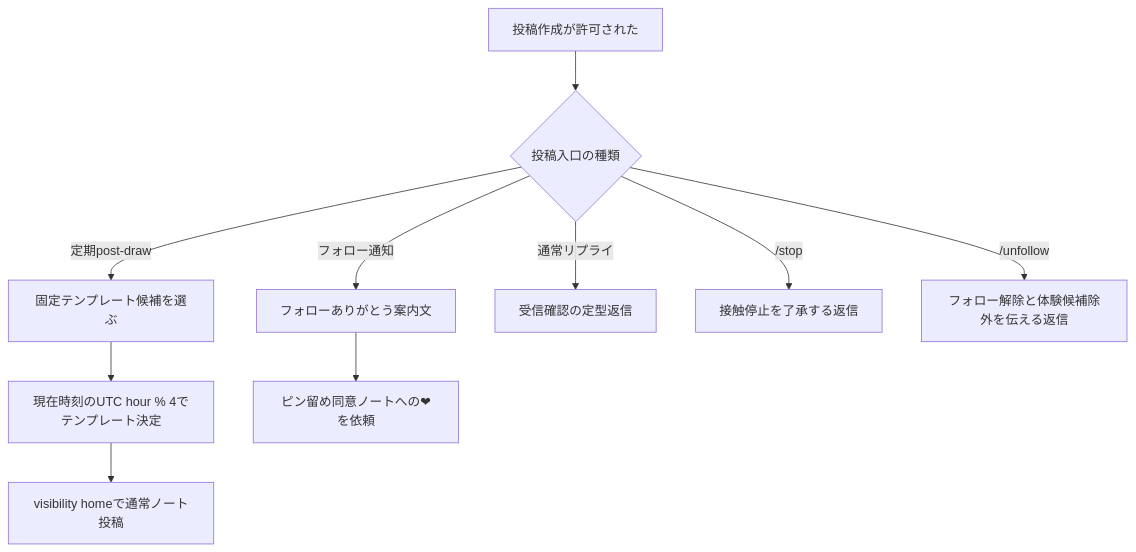
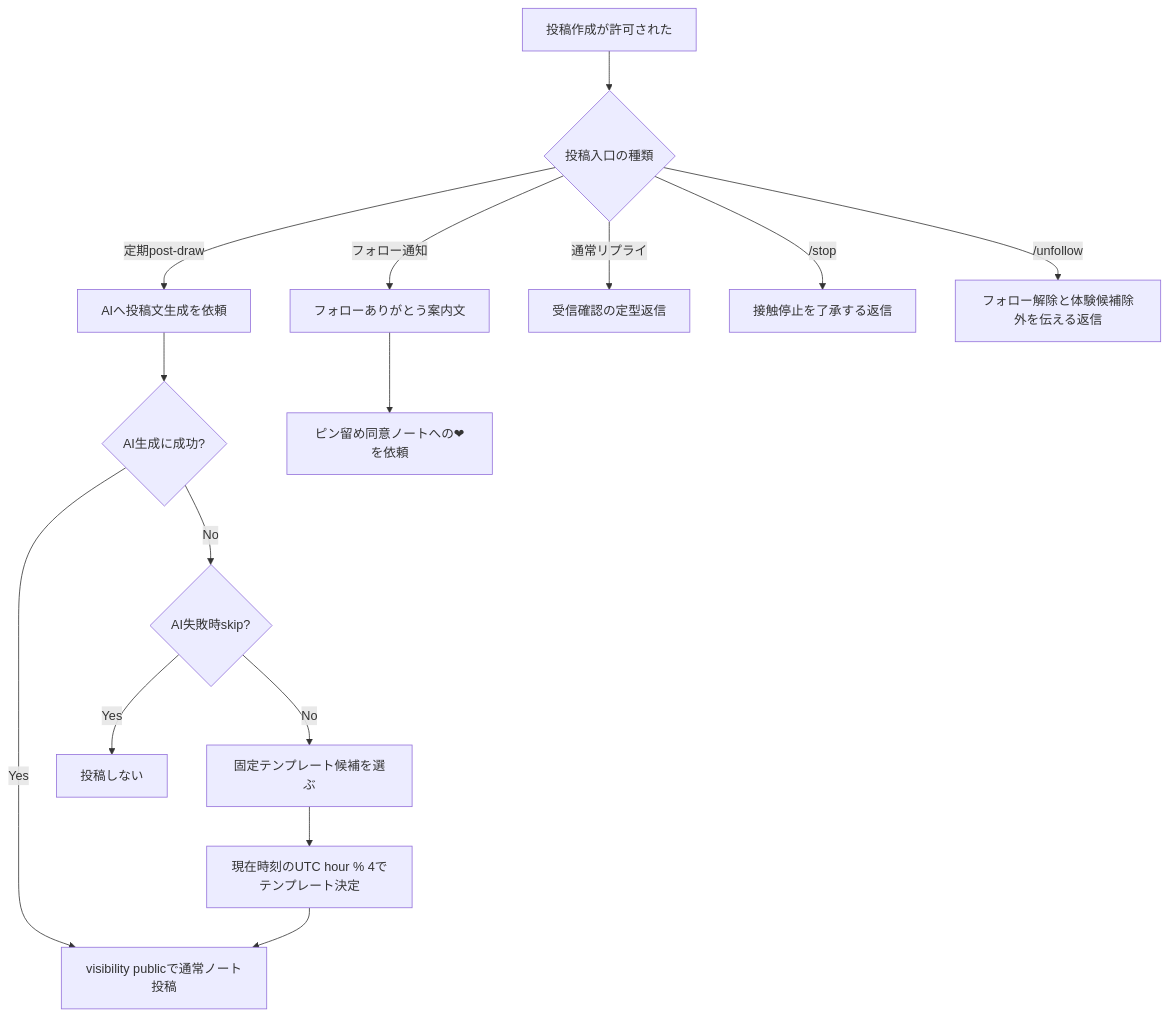
Before and after one commit to rohto4/io-bot-soul: the first of 3 diagrams in docs/spec/posting-content-rules.md, drawn with Mermaid. The commit also changed other lines of this file and 6 other files, not shown here.

````diff
--- a/docs/spec/posting-content-rules.md
+++ b/docs/spec/posting-content-rules.md
@@ -15,12 +17,17 @@
 ```mermaid
 flowchart TD
   A[投稿作成が許可された] --> B{投稿入口の種類}
-  B -- 定期post-draw --> C[固定テンプレート候補を選ぶ]
-  C --> D[現在時刻のUTC hour % 4でテンプレート決定]
-  D --> E[visibility homeで通常ノート投稿]
-  B -- フォロー通知 --> F[フォローありがとう案内文]
-  F --> G[ピン留め同意ノートへの❤を依頼]
-  B -- 通常リプライ --> H[受信確認の定型返信]
-  B -- /stop --> I[接触停止を了承する返信]
-  B -- /unfollow --> J[フォロー解除と体験候補除外を伝える返信]
+  B -- 定期post-draw --> C[AIへ投稿文生成を依頼]
+  C --> D{AI生成に成功?}
+  D -- Yes --> E[visibility publicで通常ノート投稿]
+  D -- No --> S{AI失敗時skip?}
+  S -- Yes --> X[投稿しない]
+  S -- No --> T[固定テンプレート候補を選ぶ]
+  T --> U[現在時刻のUTC hour % 4でテンプレート決定]
+  U --> E
+  B -- フォロー通知 --> FG[フォローありがとう案内文]
+  FG --> FH[ピン留め同意ノートへの❤を依頼]
+  B -- 通常リプライ --> R[受信確認の定型返信]
+  B -- /stop --> ST[接触停止を了承する返信]
+  B -- /unfollow --> UF[フォロー解除と体験候補除外を伝える返信]
 ```
````
